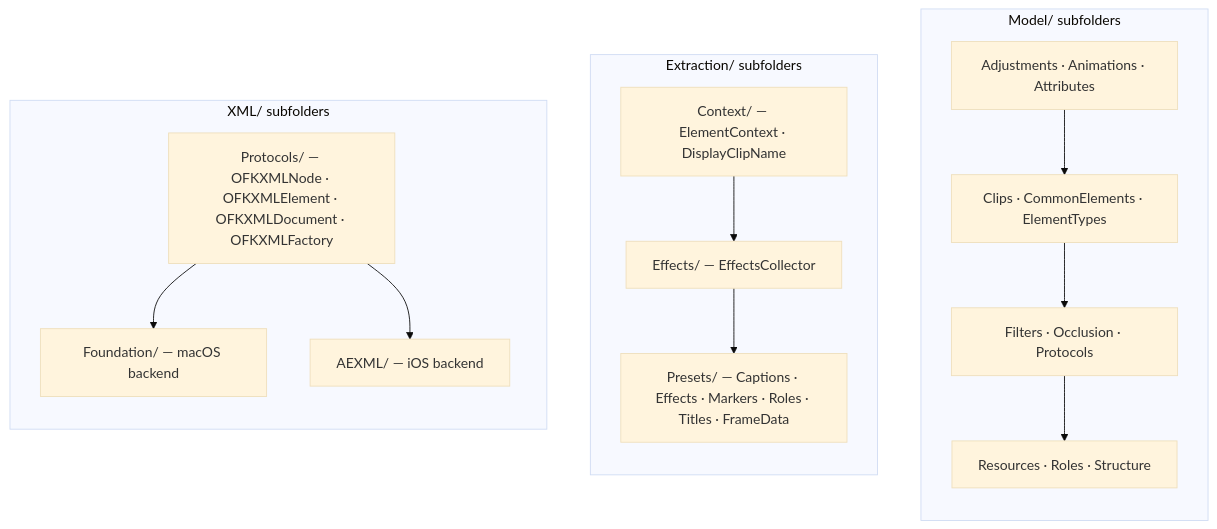
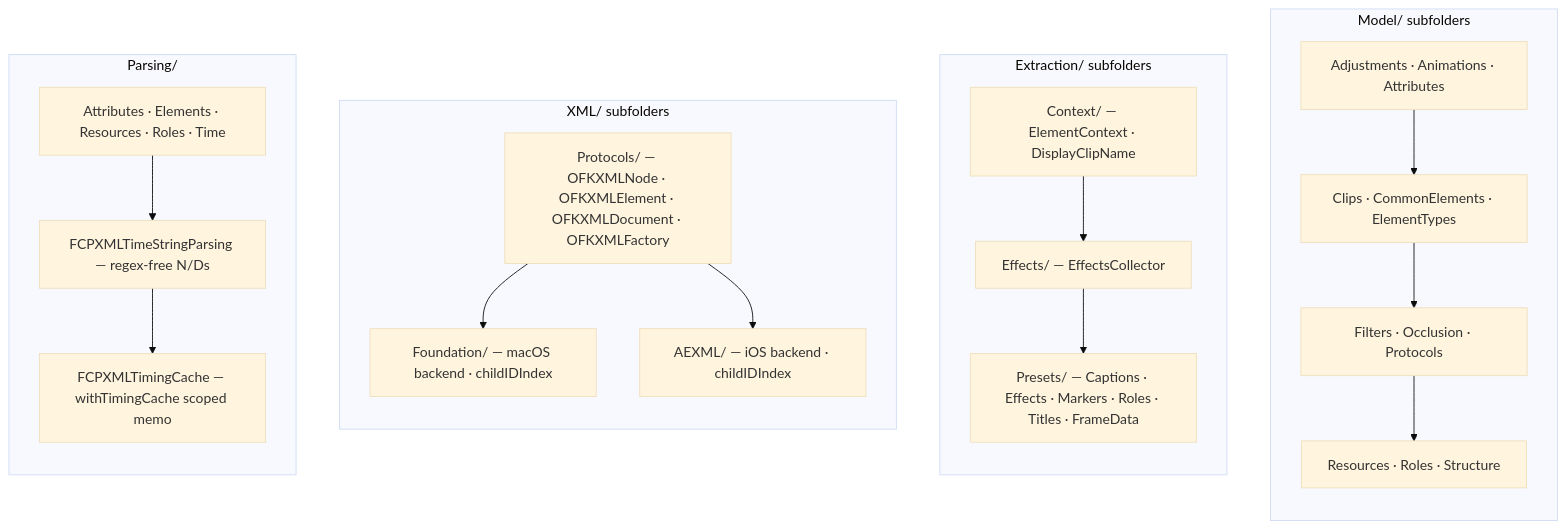
The sixth of 6 diagrams in ARCHITECTURE.md (TheAcharya/OpenFCPXMLKit), drawn with Mermaid (base theme) before and after one commit. The commit also changed other lines of this file and 62 other files, not shown here.

````diff
--- a/ARCHITECTURE.md
+++ b/ARCHITECTURE.md
@@ -389,28 +401,36 @@
 ```mermaid
 flowchart TB
     subgraph MDL_SUB["Model/ subfolders"]
         direction TB
         M1["Adjustments · Animations · Attributes"]
         M2["Clips · CommonElements · ElementTypes"]
         M3["Filters · Occlusion · Protocols"]
         M4["Resources · Roles · Structure"]
         M1 --> M2 --> M3 --> M4
     end
 
     subgraph EXT_SUB["Extraction/ subfolders"]
         direction TB
         E1["Context/ — ElementContext · DisplayClipName"]
         E2["Effects/ — EffectsCollector"]
         E3["Presets/ — Captions · Effects · Markers · Roles · Titles · FrameData"]
         E1 --> E2 --> E3
     end
 
     subgraph XML_SUB["XML/ subfolders"]
         direction TB
         X1["Protocols/ — OFKXMLNode · OFKXMLElement · OFKXMLDocument · OFKXMLFactory"]
-        X2["Foundation/ — macOS backend"]
-        X3["AEXML/ — iOS backend"]
+        X2["Foundation/ — macOS backend · childIDIndex"]
+        X3["AEXML/ — iOS backend · childIDIndex"]
         X1 --> X2
         X1 --> X3
     end
+
+    subgraph PRS_SUB["Parsing/"]
+        direction TB
+        PS1["Attributes · Elements · Resources · Roles · Time"]
+        PS2["FCPXMLTimeStringParsing — regex-free N/Ds"]
+        PS3["FCPXMLTimingCache — withTimingCache scoped memo"]
+        PS1 --> PS2 --> PS3
+    end
 ```
````
